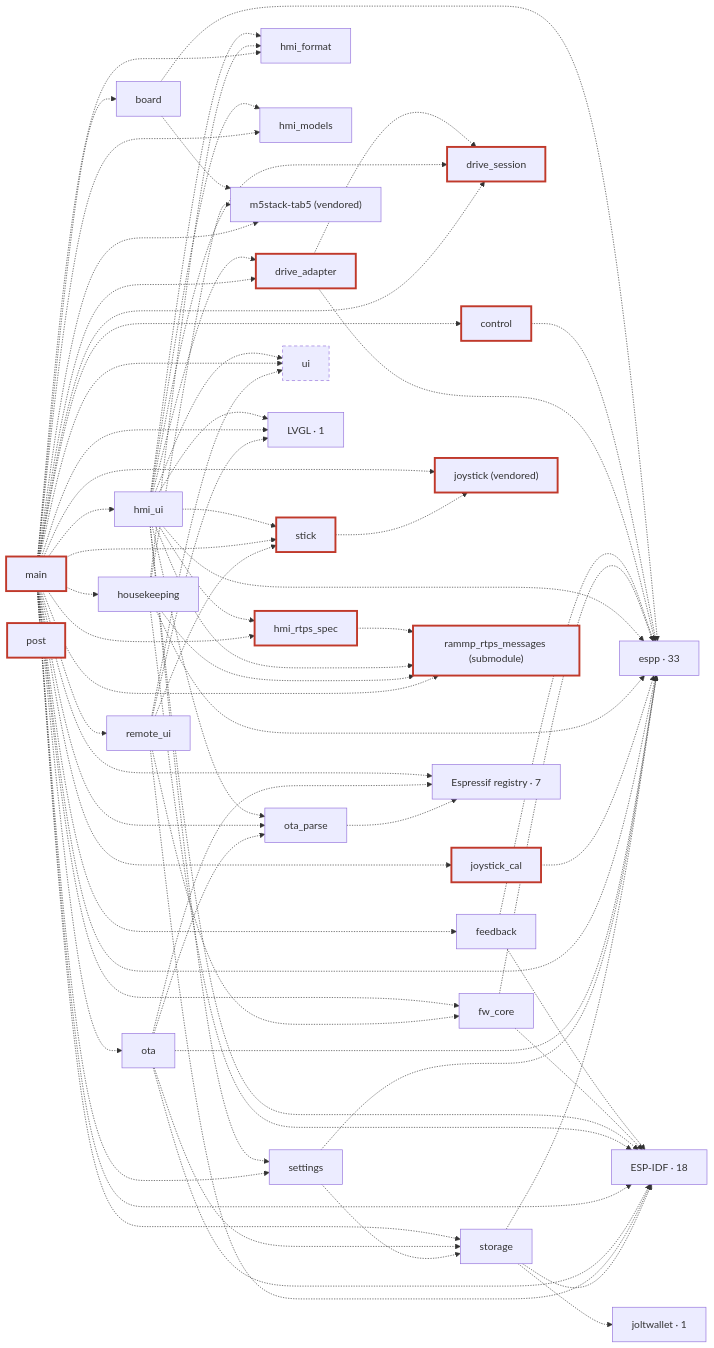
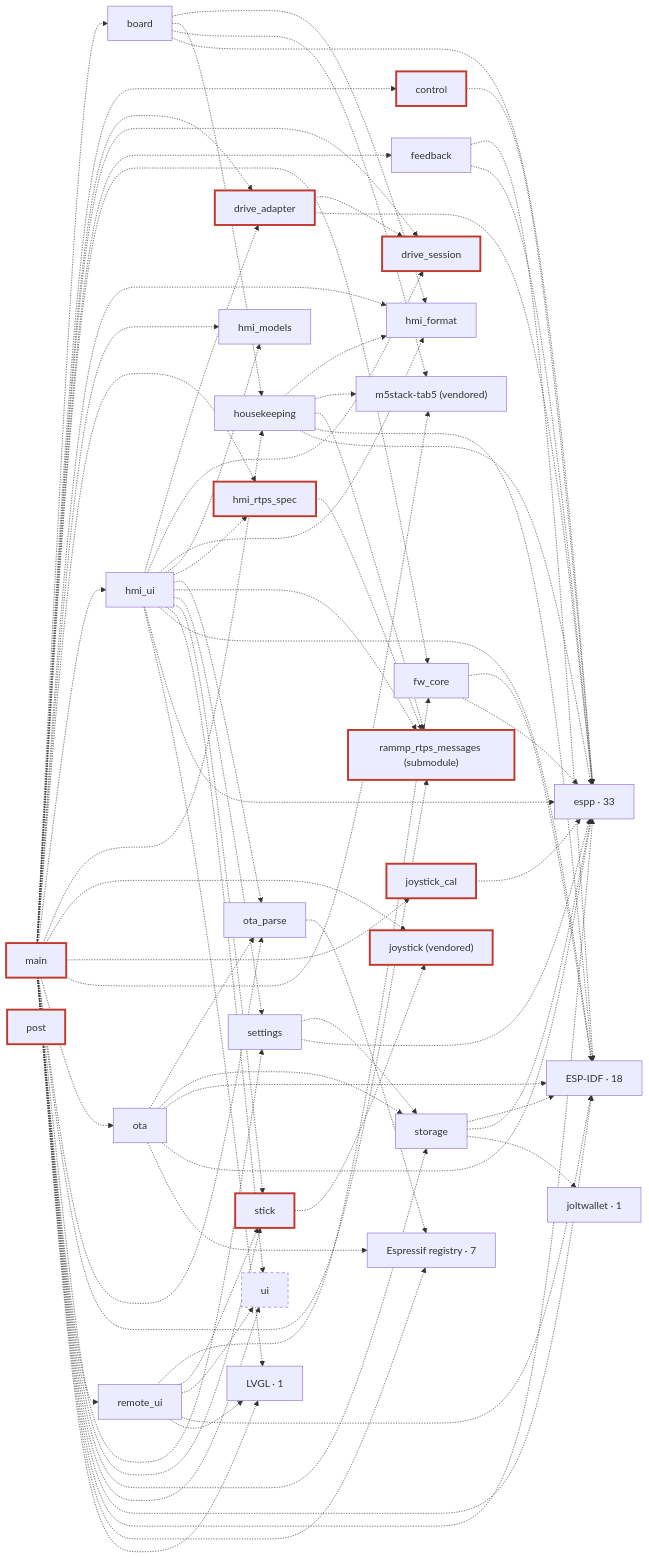
One commit to rammp-org/pace-hmi-fw changed the third of 3 diagrams in docs/architecture.md. Above: the diagram before and after it, drawn with Mermaid. The commit also changed 6 other files, not shown here.

```diff
--- a/docs/architecture.md
+++ b/docs/architecture.md
@@ -191,6 +191,8 @@
   g_Espressif_registry["Espressif registry · 7"]
   g_joltwallet["joltwallet · 1"]
   g_LVGL["LVGL · 1"]
+  c_board -.-> c_hmi_format
+  c_board -.-> c_housekeeping
   c_board -.-> c_m5stack_tab5
   c_board -.-> g_espp
   c_control -.-> g_espp
```
